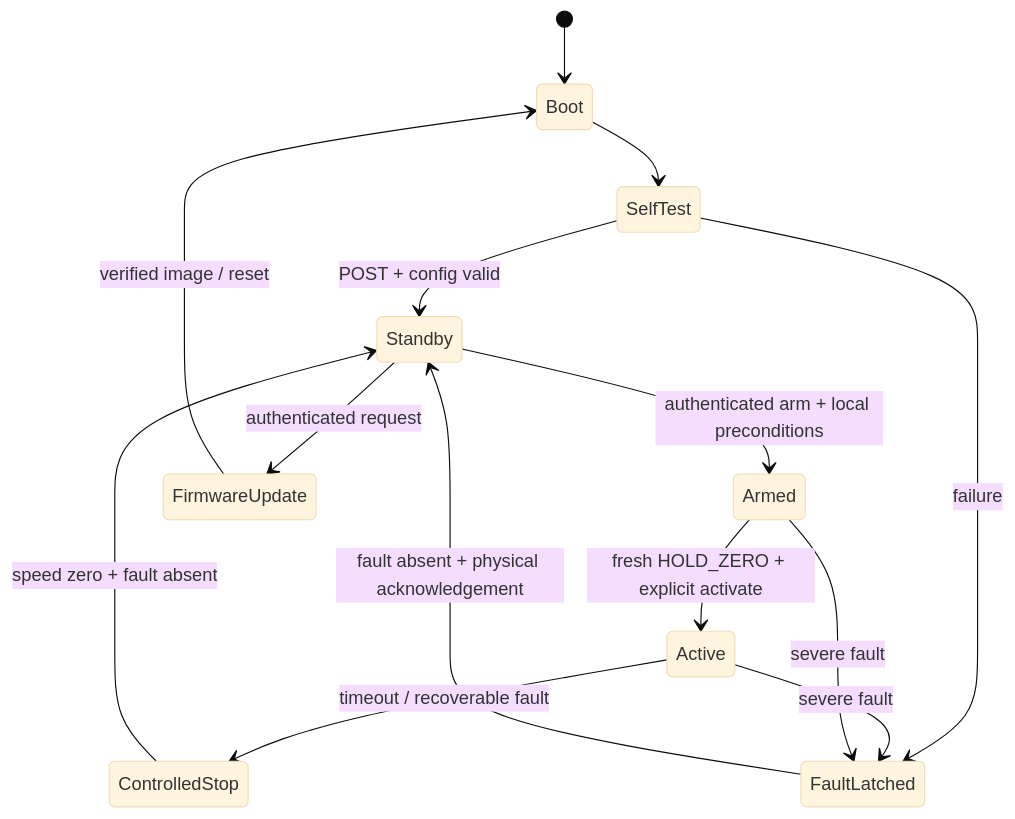
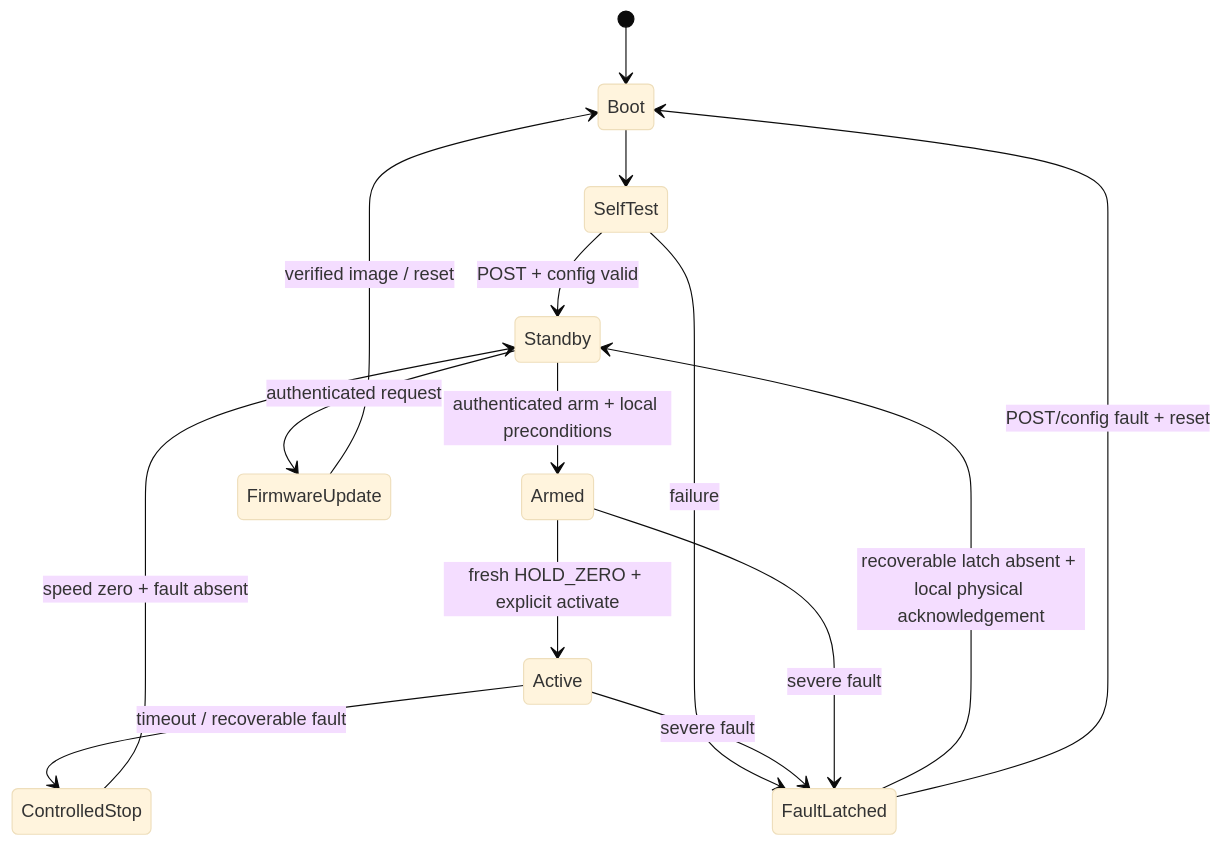
The diagram in firmware/rosmaster-r2/docs/SAFETY_AND_PRODUCTION.md (kirra-systems/kirra-runtime-sdk), drawn with Mermaid (base theme) before and after one commit. The commit also changed other lines of this file and 9 other files, not shown here.

````diff
--- a/firmware/rosmaster-r2/docs/SAFETY_AND_PRODUCTION.md
+++ b/firmware/rosmaster-r2/docs/SAFETY_AND_PRODUCTION.md
@@ -9,16 +9,17 @@
 ```mermaid
 stateDiagram-v2
     [*] --> Boot
     Boot --> SelfTest
     SelfTest --> Standby: POST + config valid
     SelfTest --> FaultLatched: failure
     Standby --> Armed: authenticated arm + local preconditions
     Armed --> Active: fresh HOLD_ZERO + explicit activate
     Active --> ControlledStop: timeout / recoverable fault
     ControlledStop --> Standby: speed zero + fault absent
     Active --> FaultLatched: severe fault
     Armed --> FaultLatched: severe fault
-    FaultLatched --> Standby: fault absent + physical acknowledgement
+    FaultLatched --> Standby: recoverable latch absent + local physical acknowledgement
+    FaultLatched --> Boot: POST/config fault + reset
     Standby --> FirmwareUpdate: authenticated request
     FirmwareUpdate --> Boot: verified image / reset
 ```
````
